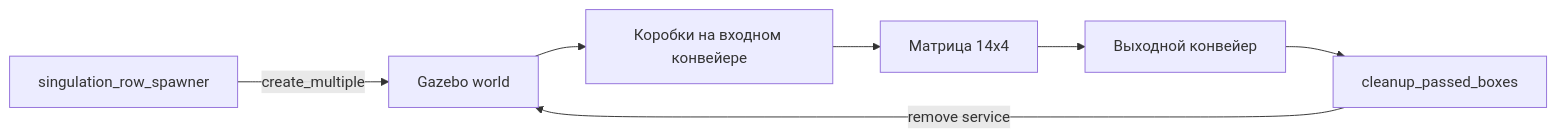
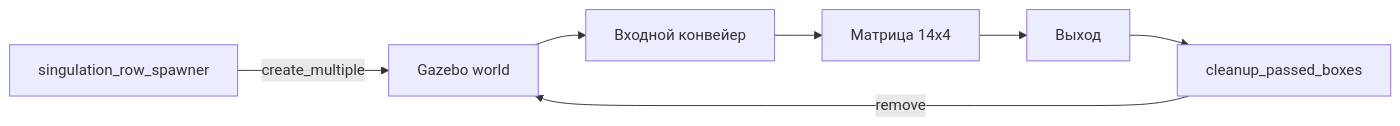
The third of 5 diagrams in docs/ARCHITECTURE.md (MAKSytka/digital_twin_convey), drawn with Mermaid before and after one commit. The commit also changed other lines of this file and 30 other files, not shown here.

````diff
--- a/docs/ARCHITECTURE.md
+++ b/docs/ARCHITECTURE.md
@@ -19,9 +39,9 @@
 ```mermaid
 flowchart LR
     S[singulation_row_spawner] -->|create_multiple| W[Gazebo world]
-    W --> P[Коробки на входном конвейере]
-    P --> M[Матрица 14x4]
-    M --> O[Выходной конвейер]
+    W --> I[Входной конвейер]
+    I --> M[Матрица 14x4]
+    M --> O[Выход]
     O --> C[cleanup_passed_boxes]
-    C -->|remove service| W
+    C -->|remove| W
 ```
````
